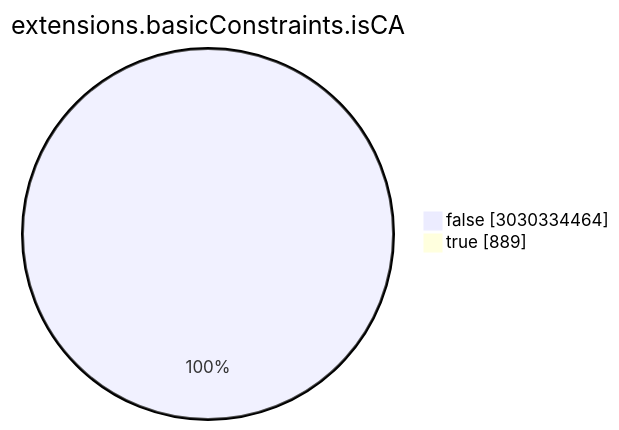
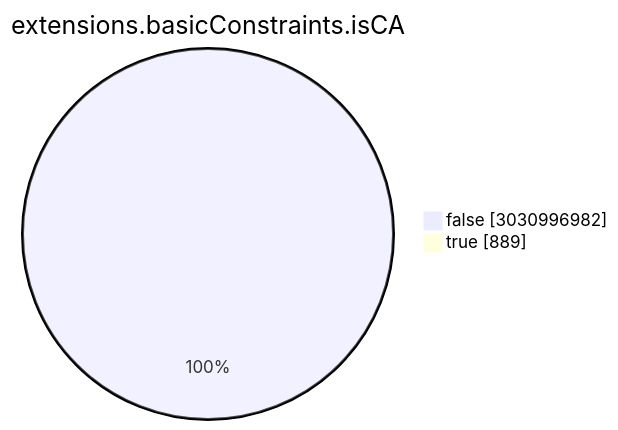
The seventh of 15 diagrams in TOTAL/README.md (christiankrug/ctmonitor_visualization), drawn with Mermaid before and after one commit. The commit also changed other lines of this file, not shown here.

````diff
--- a/TOTAL/README.md
+++ b/TOTAL/README.md
@@ -3088,6 +3088,6 @@
 ```mermaid
 pie showData
 title extensions.basicConstraints.isCA
-"false" :3030334464
+"false" :3030996982
 "true" :889
 ```
````
